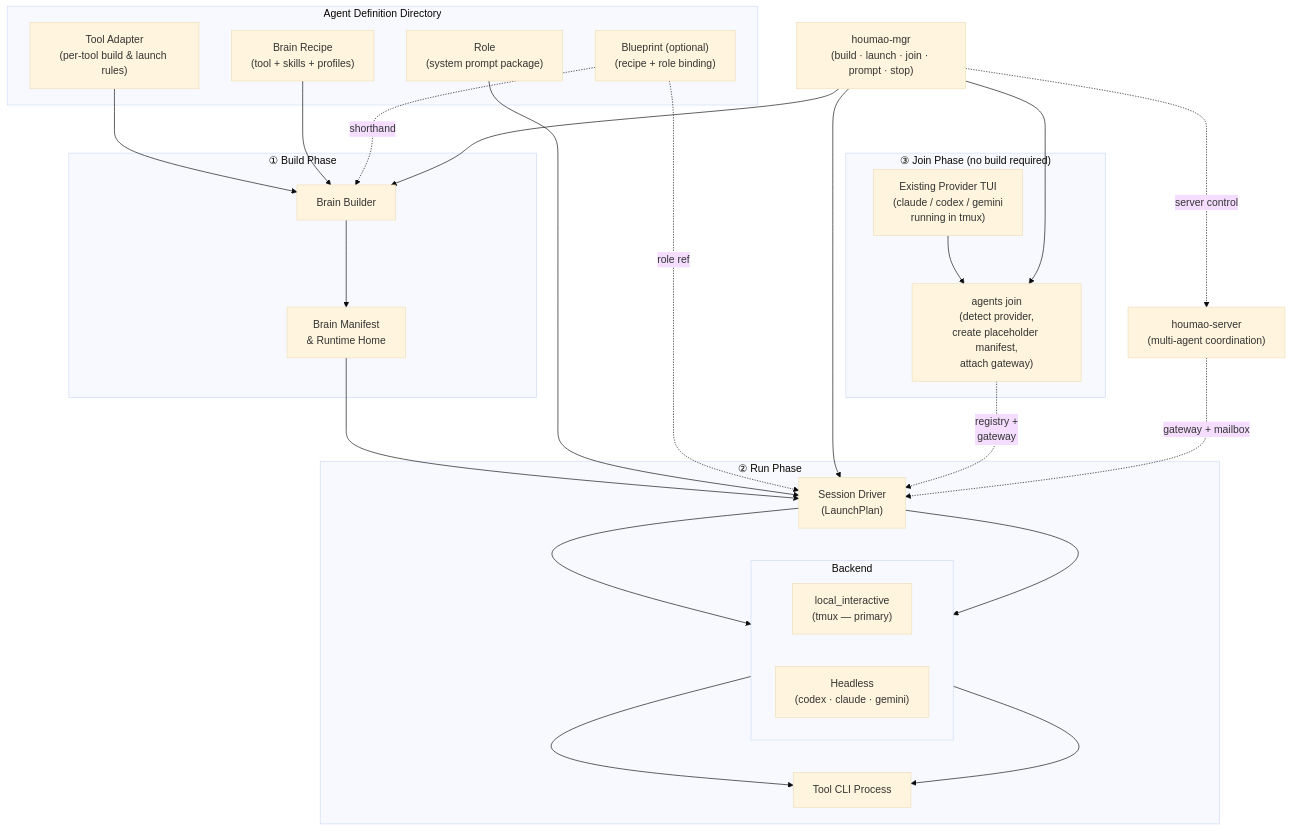
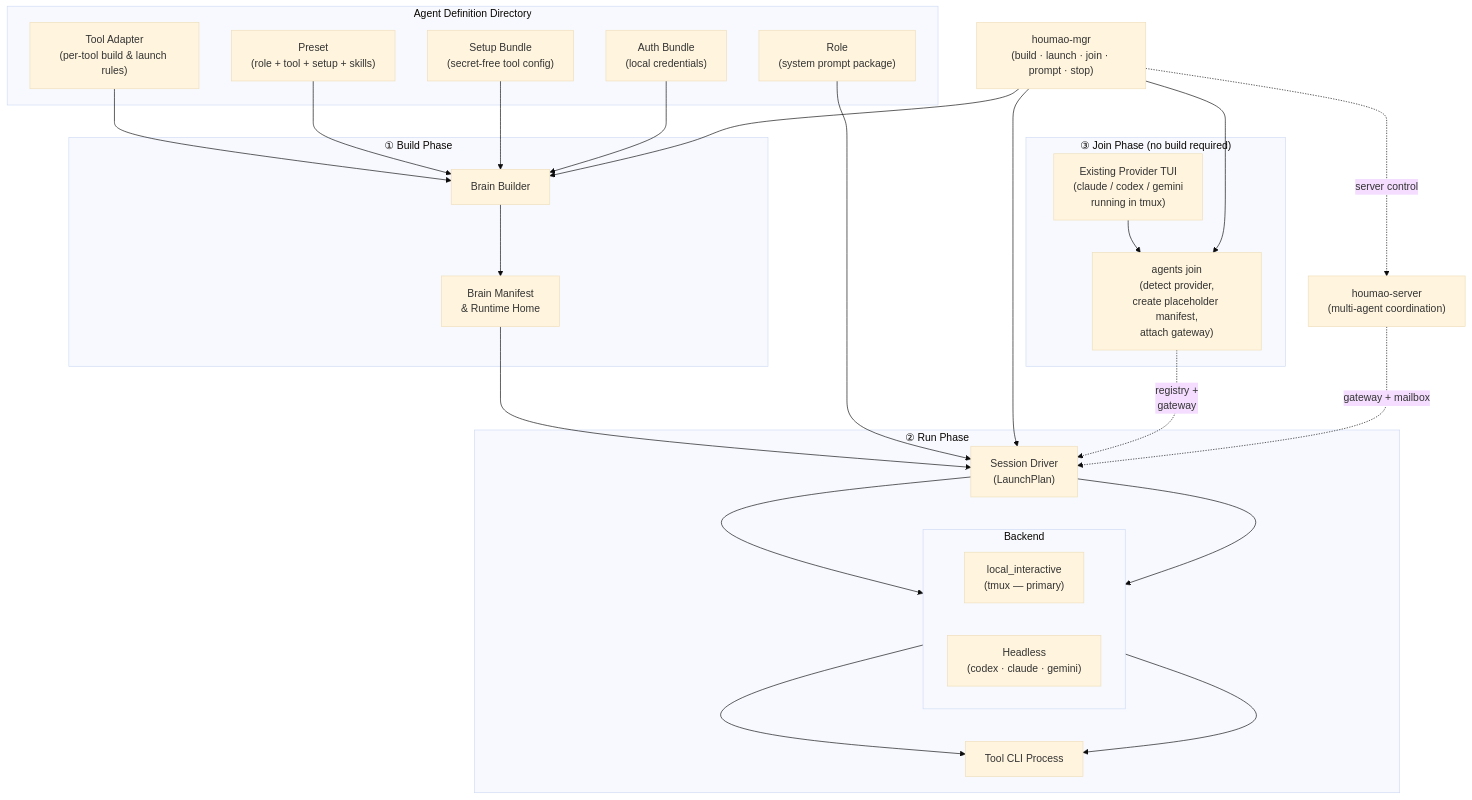
Before and after one commit to igamenovoer/houmao: the second of 3 diagrams in README.md, drawn with Mermaid (base theme). The commit also changed other lines of this file and 34 other files, not shown here.

````diff
--- a/README.md
+++ b/README.md
@@ -402,50 +386,51 @@
 ```mermaid
 flowchart TB
     subgraph agentdef ["Agent Definition Directory"]
         adapter["Tool Adapter<br/>(per-tool build & launch rules)"]
-        recipe["Brain Recipe<br/>(tool + skills + profiles)"]
+        preset["Preset<br/>(role + tool + setup + skills)"]
         role["Role<br/>(system prompt package)"]
-        blueprint["Blueprint (optional)<br/>(recipe + role binding)"]
+        setup["Setup Bundle<br/>(secret-free tool config)"]
+        auth["Auth Bundle<br/>(local credentials)"]
     end
 
     subgraph buildphase ["① Build Phase"]
         builder["Brain Builder"]
         artifact["Brain Manifest<br/>& Runtime Home"]
         builder --> artifact
     end
 
     subgraph runphase ["② Run Phase"]
         runtime["Session Driver<br/>(LaunchPlan)"]
         subgraph backends ["Backend"]
             direction LR
             local["local_interactive<br/>(tmux — primary)"]
             headless["Headless<br/>(codex · claude · gemini)"]
         end
         toolcli["Tool CLI Process"]
         runtime --> local & headless --> toolcli
     end
 
     subgraph joinphase ["③ Join Phase (no build required)"]
         existingtui["Existing Provider TUI<br/>(claude / codex / gemini<br/>running in tmux)"]
         joincmd["agents join<br/>(detect provider,<br/>create placeholder manifest,<br/>attach gateway)"]
         existingtui --> joincmd
     end
 
     mgrcli["houmao-mgr<br/>(build · launch · join · prompt · stop)"]
     srvpair["houmao-server<br/>(multi-agent coordination)"]
 
     adapter --> builder
-    recipe --> builder
-    blueprint -. "shorthand" .-> builder
+    preset --> builder
+    setup --> builder
+    auth --> builder
 
     artifact --> runtime
     role --> runtime
-    blueprint -. "role ref" .-> runtime
 
     mgrcli --> builder
     mgrcli --> runtime
     mgrcli --> joincmd
     joincmd -. "registry +<br/>gateway" .-> runtime
     mgrcli -. "server control" .-> srvpair
     srvpair -. "gateway + mailbox" .-> runtime
 ```
````
